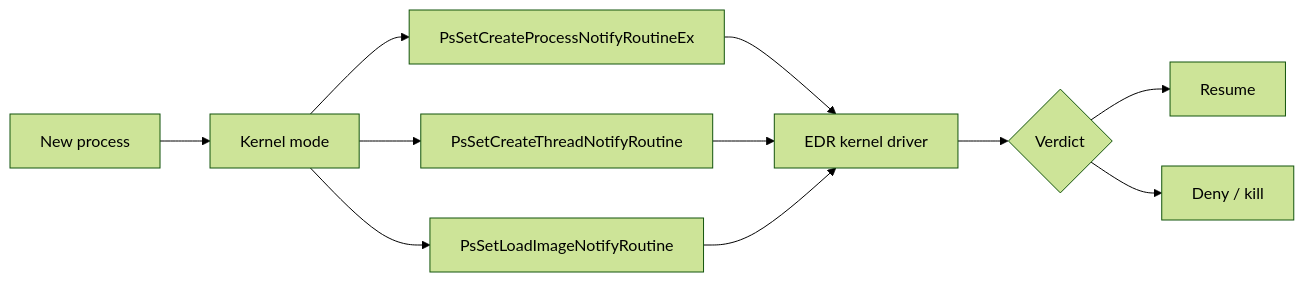
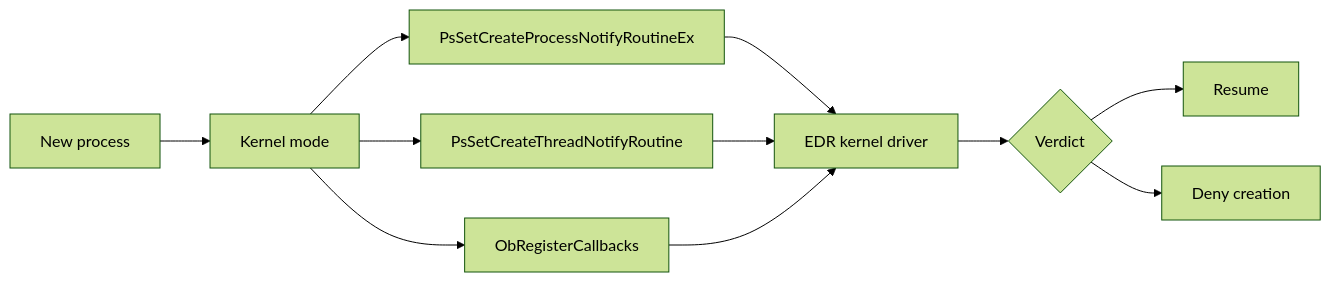
The second of 5 diagrams in _posts/2026-07-16-MostShittyEDR-post.md (BenjiTrapp/benjitrapp.github.io), drawn with Mermaid (forest theme) before and after one commit. The commit also changed other lines of this file and 1 other file, not shown here.

```diff
--- a/_posts/2026-07-16-MostShittyEDR-post.md
+++ b/_posts/2026-07-16-MostShittyEDR-post.md
@@ -58,13 +60,13 @@
 <pre class="mermaid">
 flowchart LR
     P[New process] --> KM[Kernel mode]
     KM --> CB1[PsSetCreateProcessNotifyRoutineEx]
     KM --> CB2[PsSetCreateThreadNotifyRoutine]
-    KM --> CB3[PsSetLoadImageNotifyRoutine]
-    CB1 --> EDR[EDR kernel driver]
-    CB2 --> EDR
-    CB3 --> EDR
-    EDR --> verdict{Verdict}
+    KM --> CB3[ObRegisterCallbacks]
+    CB1 --> DRV[EDR kernel driver]
+    CB2 --> DRV
+    CB3 --> DRV
+    DRV --> verdict{Verdict}
     verdict --> allow[Resume]
-    verdict --> block[Deny / kill]
+    verdict --> block[Deny creation]
 </pre>
```
